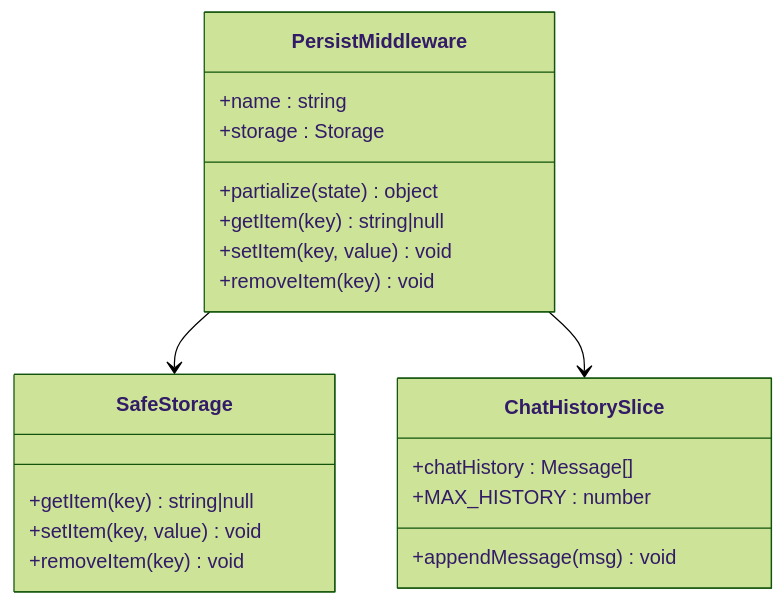
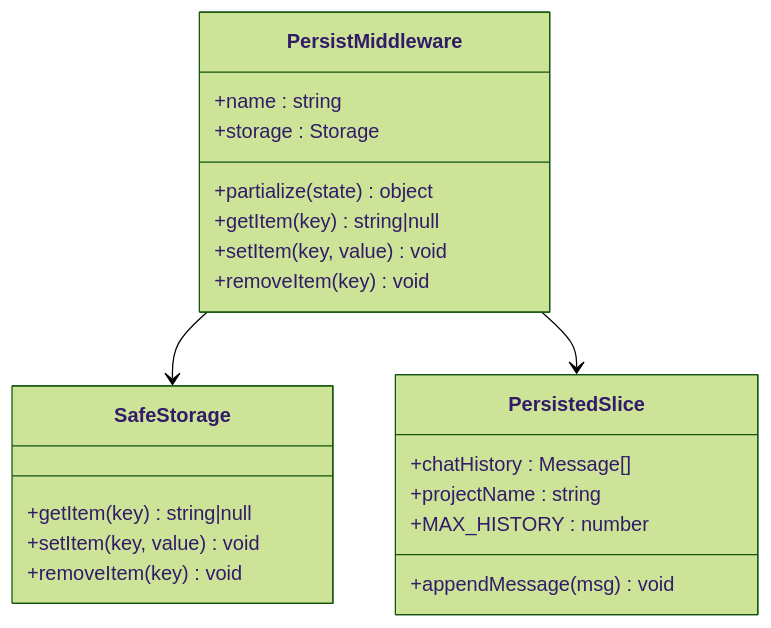
Diagram 15 of 19 in .qoder/repowiki/zh/content/状态管理系统.md (billye220670/BananaFlow2), drawn with Mermaid (forest theme) before and after one commit. The commit also changed other lines of this file and 10 other files, not shown here.

````diff
--- a/.qoder/repowiki/zh/content/状态管理系统.md
+++ b/.qoder/repowiki/zh/content/状态管理系统.md
@@ -388,23 +521,24 @@
 ```mermaid
 classDiagram
 class PersistMiddleware {
 +name : string
 +storage : Storage
 +partialize(state) object
 +getItem(key) string|null
 +setItem(key, value) void
 +removeItem(key) void
 }
 class SafeStorage {
 +getItem(key) string|null
 +setItem(key, value) void
 +removeItem(key) void
 }
-class ChatHistorySlice {
+class PersistedSlice {
 +chatHistory : Message[]
++projectName : string
 +MAX_HISTORY : number
 +appendMessage(msg) void
 }
 PersistMiddleware --> SafeStorage
-PersistMiddleware --> ChatHistorySlice
+PersistMiddleware --> PersistedSlice
 ```
````
